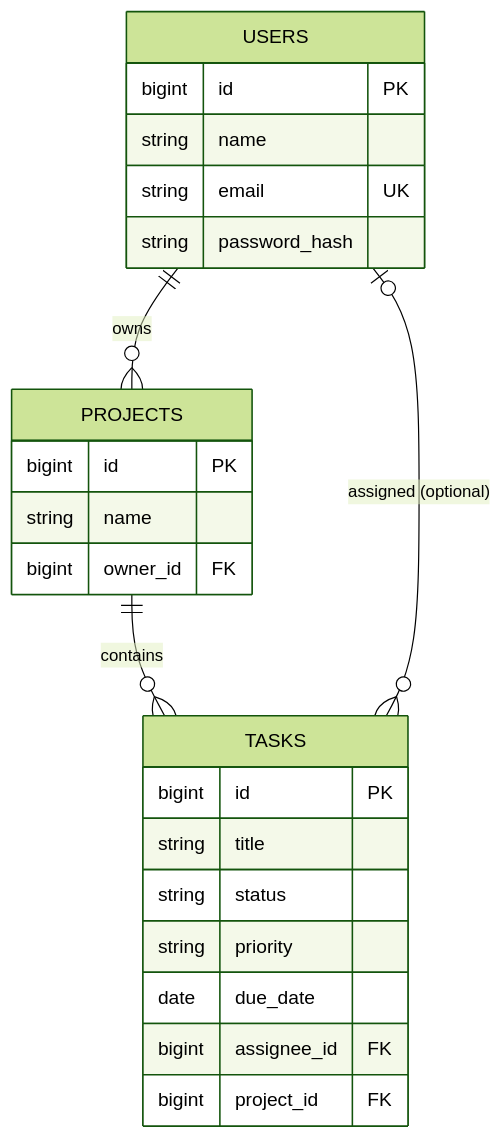
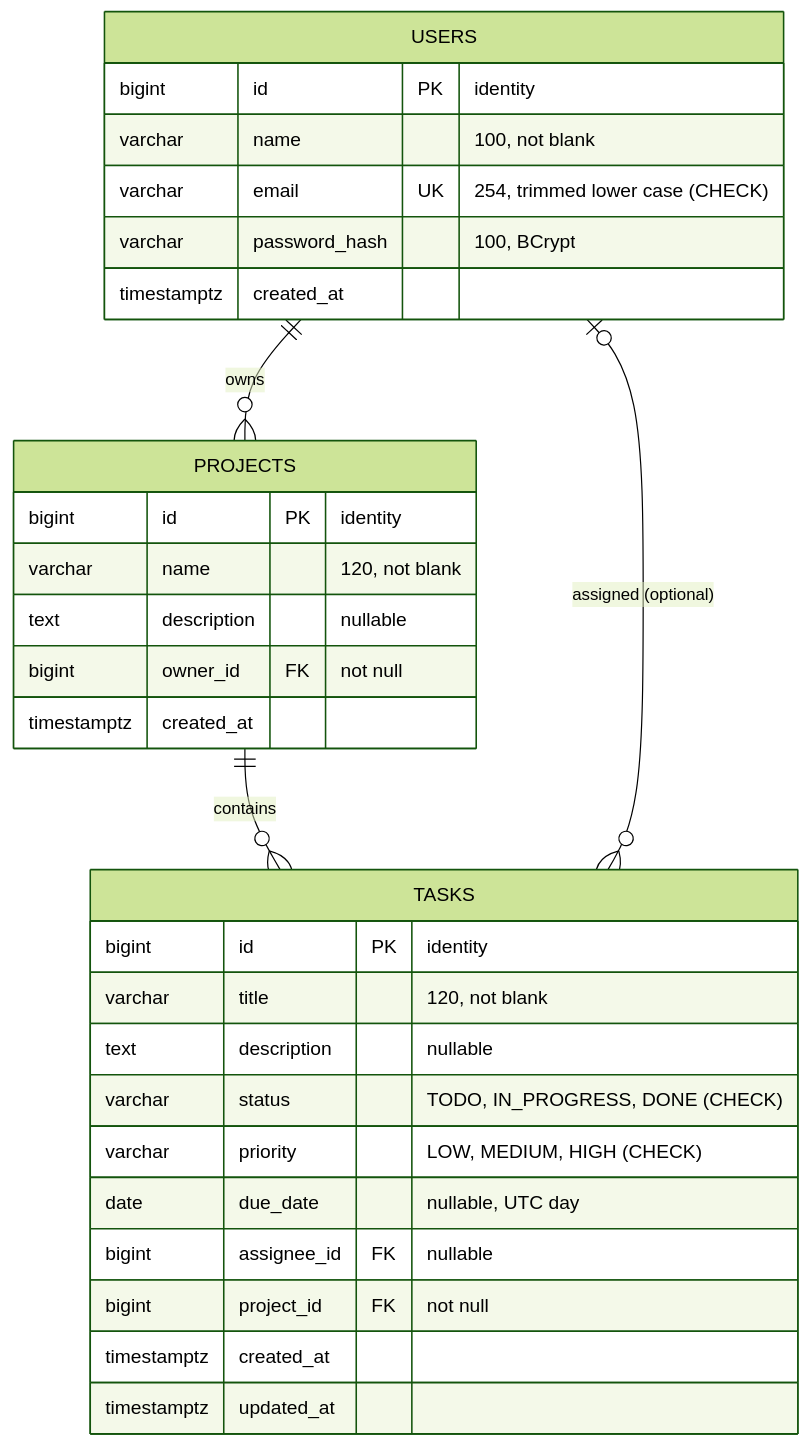
The fourth of 14 diagrams in docs/diagrams/architecture.md (chaudhary-lakshay/taskflow), drawn with Mermaid (forest theme) before and after one commit. The commit also changed other lines of this file and 3 other files, not shown here.

Commit message:
docs: add as-built diagrams, fix stale status

````diff
--- a/docs/diagrams/architecture.md
+++ b/docs/diagrams/architecture.md
@@ -25,20 +75,32 @@
 ```mermaid
 erDiagram
   USERS ||--o{ PROJECTS : owns
   PROJECTS ||--o{ TASKS : contains
   USERS |o--o{ TASKS : "assigned (optional)"
-  USERS { bigint id PK
-    string name
-    string email UK
-    string password_hash }
-  PROJECTS { bigint id PK
-    string name
-    bigint owner_id FK }
-  TASKS { bigint id PK
-    string title
-    string status
-    string priority
-    date due_date
-    bigint assignee_id FK
-    bigint project_id FK }
+  USERS {
+    bigint id PK "identity"
+    varchar name "100, not blank"
+    varchar email UK "254, trimmed lower case (CHECK)"
+    varchar password_hash "100, BCrypt"
+    timestamptz created_at
+  }
+  PROJECTS {
+    bigint id PK "identity"
+    varchar name "120, not blank"
+    text description "nullable"
+    bigint owner_id FK "not null"
+    timestamptz created_at
+  }
+  TASKS {
+    bigint id PK "identity"
+    varchar title "120, not blank"
+    text description "nullable"
+    varchar status "TODO, IN_PROGRESS, DONE (CHECK)"
+    varchar priority "LOW, MEDIUM, HIGH (CHECK)"
+    date due_date "nullable, UTC day"
+    bigint assignee_id FK "nullable"
+    bigint project_id FK "not null"
+    timestamptz created_at
+    timestamptz updated_at
+  }
 ```
````
